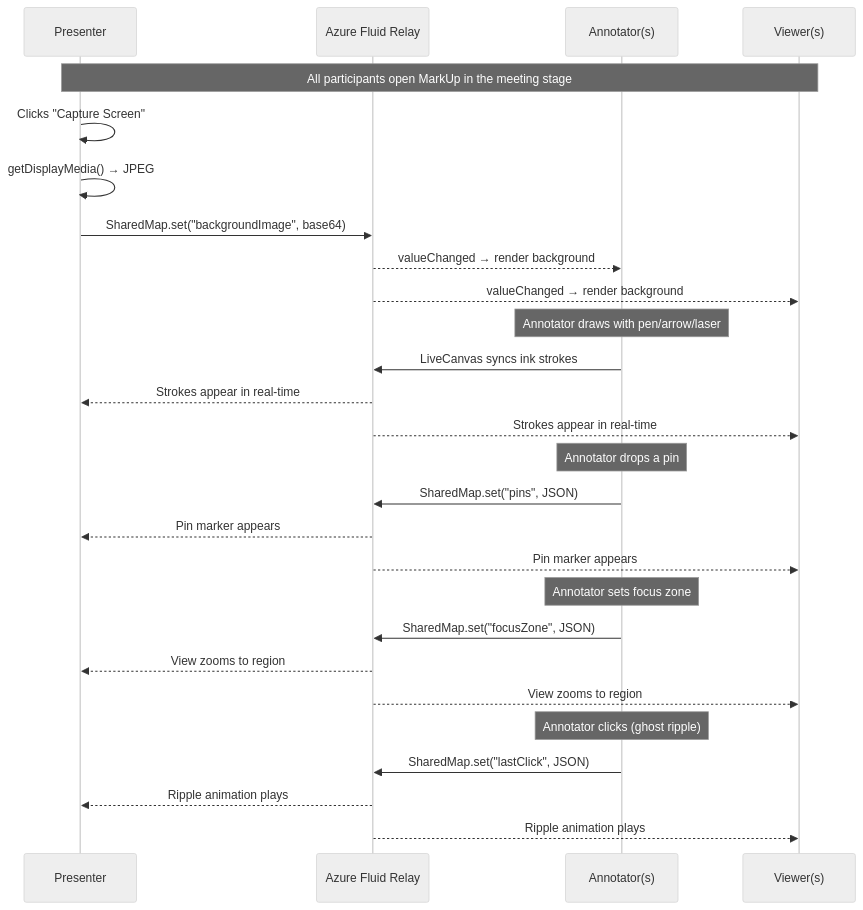
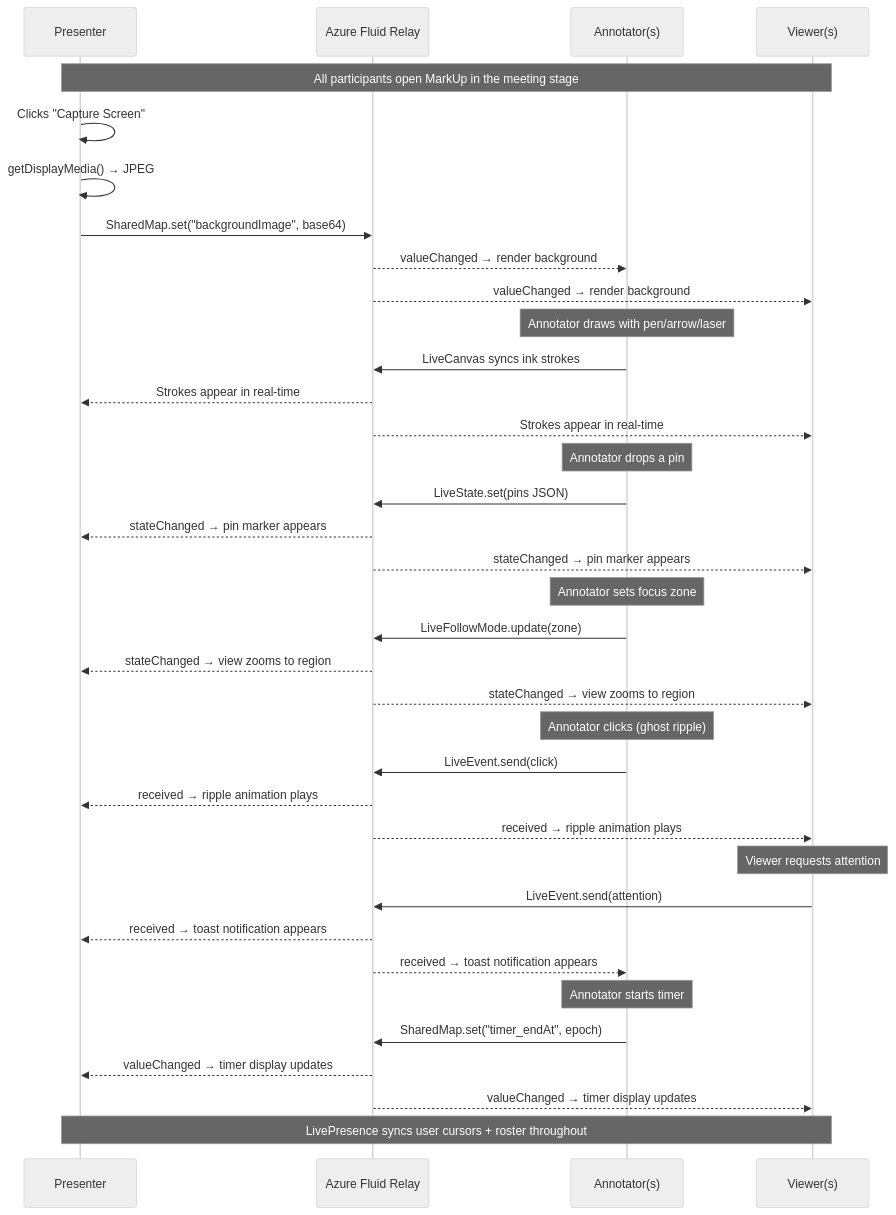
One commit to ITSpecialist111/Markup-for-Microsoft-Teams changed the second of 3 diagrams in README.md. Above: the diagram before and after it, drawn with Mermaid (neutral theme). The commit also changed other lines of this file and 2 other files, not shown here.

````diff
--- a/README.md
+++ b/README.md
@@ -136,35 +165,47 @@
 ```mermaid
 sequenceDiagram
     participant P as Presenter
     participant FR as Azure Fluid Relay
     participant A as Annotator(s)
     participant V as Viewer(s)
     
     Note over P,V: All participants open MarkUp in the meeting stage
     
     P->>P: Clicks "Capture Screen"
     P->>P: getDisplayMedia() → JPEG
     P->>FR: SharedMap.set("backgroundImage", base64)
     FR-->>A: valueChanged → render background
     FR-->>V: valueChanged → render background
     
     Note over A: Annotator draws with pen/arrow/laser
     A->>FR: LiveCanvas syncs ink strokes
     FR-->>P: Strokes appear in real-time
     FR-->>V: Strokes appear in real-time
     
     Note over A: Annotator drops a pin
-    A->>FR: SharedMap.set("pins", JSON)
-    FR-->>P: Pin marker appears
-    FR-->>V: Pin marker appears
+    A->>FR: LiveState.set(pins JSON)
+    FR-->>P: stateChanged → pin marker appears
+    FR-->>V: stateChanged → pin marker appears
     
     Note over A: Annotator sets focus zone
-    A->>FR: SharedMap.set("focusZone", JSON)
-    FR-->>P: View zooms to region
-    FR-->>V: View zooms to region
+    A->>FR: LiveFollowMode.update(zone)
+    FR-->>P: stateChanged → view zooms to region
+    FR-->>V: stateChanged → view zooms to region
     
     Note over A: Annotator clicks (ghost ripple)
-    A->>FR: SharedMap.set("lastClick", JSON)
-    FR-->>P: Ripple animation plays
-    FR-->>V: Ripple animation plays
+    A->>FR: LiveEvent.send(click)
+    FR-->>P: received → ripple animation plays
+    FR-->>V: received → ripple animation plays
+
+    Note over V: Viewer requests attention
+    V->>FR: LiveEvent.send(attention)
+    FR-->>P: received → toast notification appears
+    FR-->>A: received → toast notification appears
+
+    Note over A: Annotator starts timer
+    A->>FR: SharedMap.set("timer_endAt", epoch)
+    FR-->>P: valueChanged → timer display updates
+    FR-->>V: valueChanged → timer display updates
+
+    Note over P,V: LivePresence syncs user cursors + roster throughout
 ```
````
